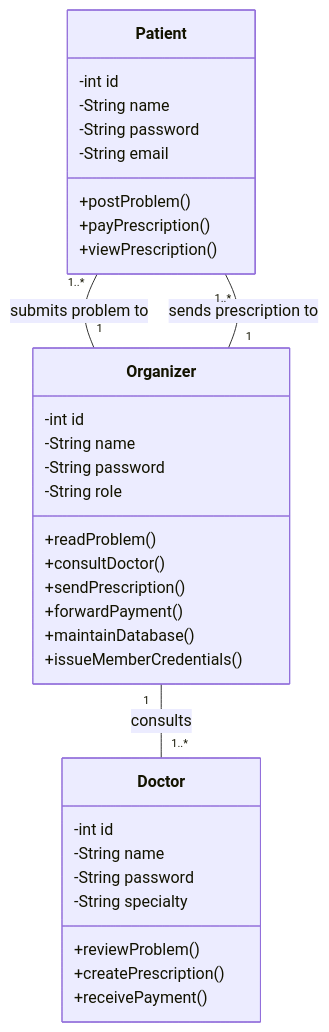
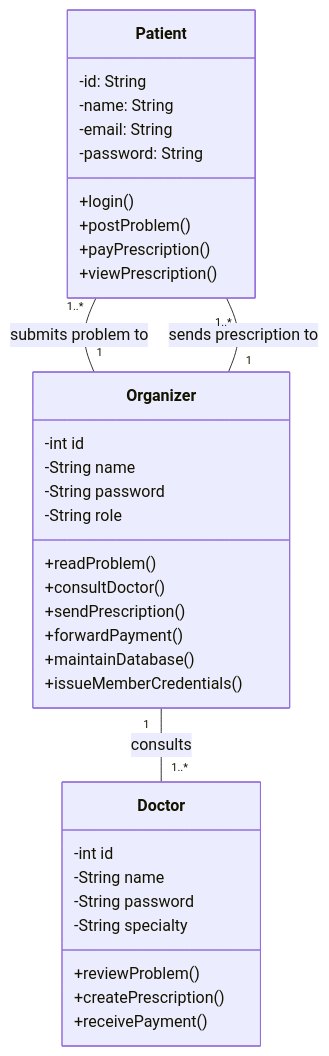
The first of 6 diagrams in exo1_hospital.md (AlixBauret28/Practice_OOP_ULM), drawn with Mermaid before and after one commit.

Commit message:
Update exo1_hospital.md - Student

````diff
--- a/exo1_hospital.md
+++ b/exo1_hospital.md
@@ -6,39 +6,40 @@
 ```mermaid
 classDiagram
     class Patient {
-        -int id
-        -String name
-        -String password
-        -String email
+        -id: String
+        -name: String
+        -email: String
+        -password: String
+        +login()
         +postProblem()
         +payPrescription()
         +viewPrescription()
     }
 
     class Doctor {
         -int id
         -String name
         -String password
         -String specialty
         +reviewProblem()
         +createPrescription()
         +receivePayment()
     }
 
     class Organizer {
         -int id
         -String name
         -String password
         -String role
         +readProblem()
         +consultDoctor()
         +sendPrescription()
         +forwardPayment()
         +maintainDatabase()
         +issueMemberCredentials()
     }
 
     Patient "1..*" -- "1" Organizer : submits problem to
     Organizer "1" -- "1..*" Doctor : consults
     Organizer "1" -- "1..*" Patient : sends prescription to
 ```
````
